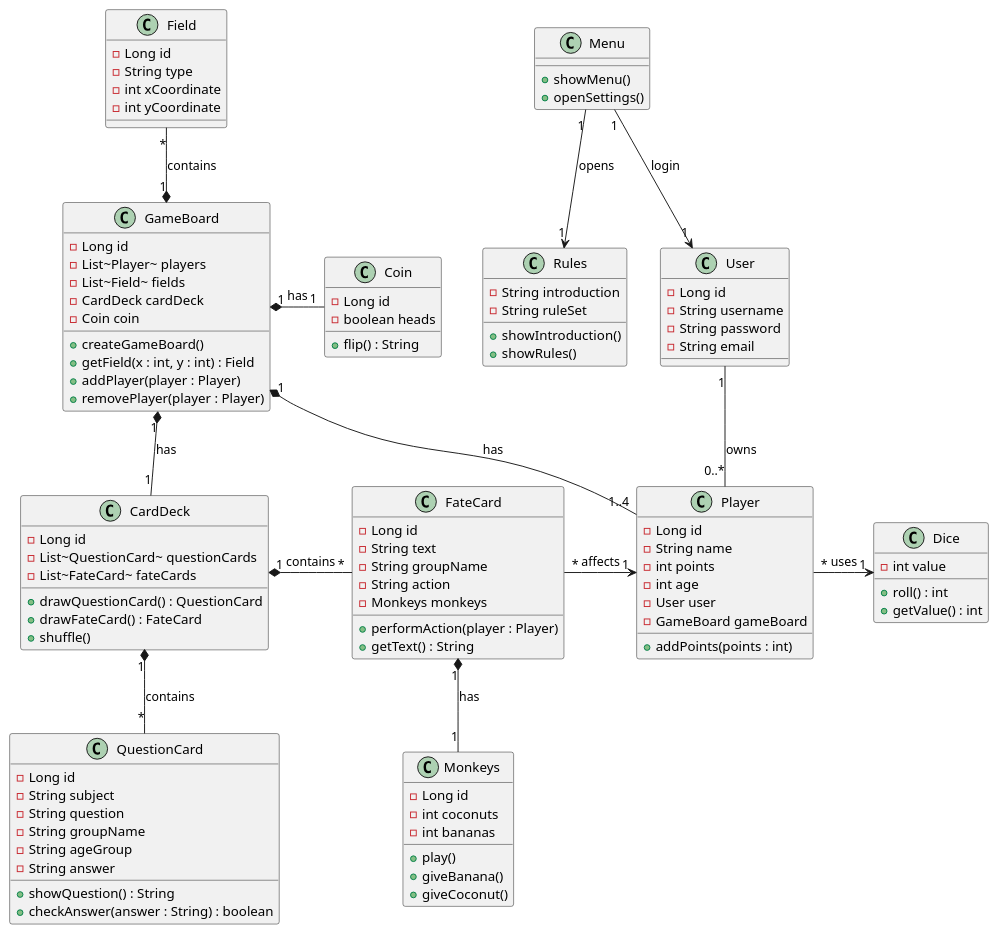
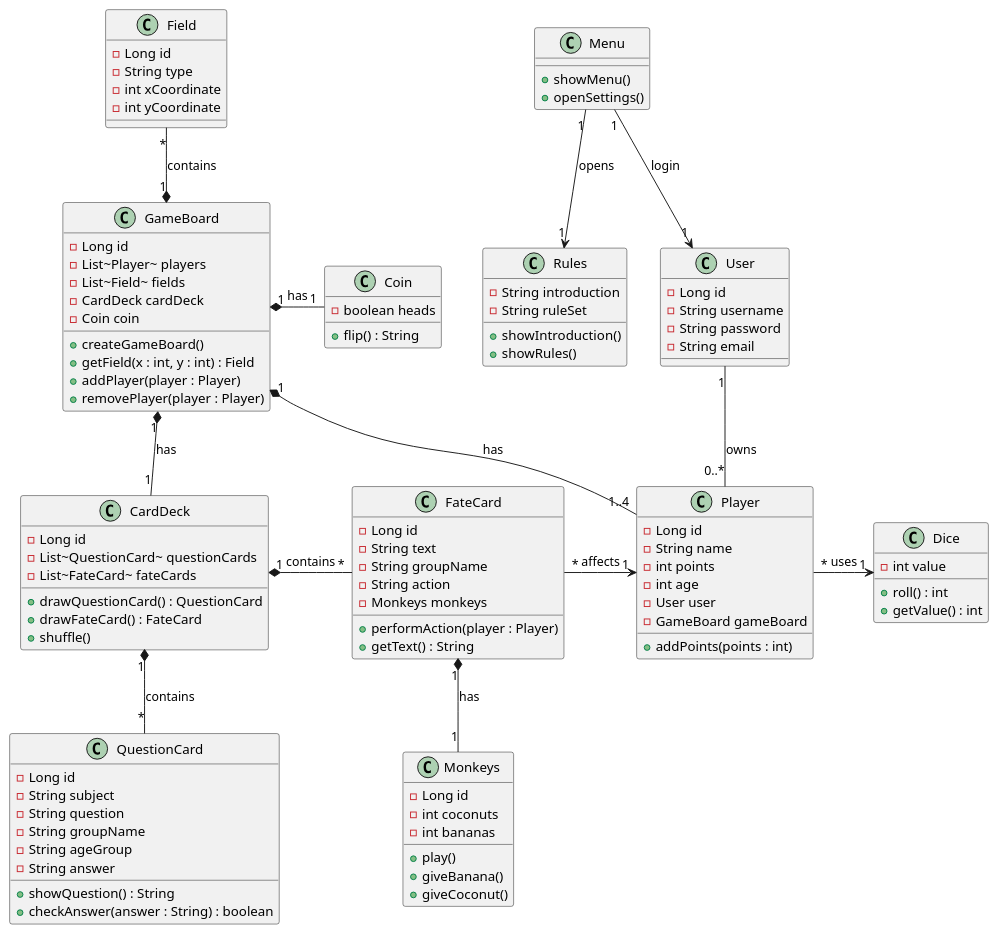
Before and after one commit to SussieFrantzen/3_semester_Take_a_chance: the diagram in src/main/java/diagrammer/UML_2.puml, drawn with PlantUML. The commit also changed 19 other files, not shown here.

```diff
--- a/src/main/java/diagrammer/UML_2.puml
+++ b/src/main/java/diagrammer/UML_2.puml
@@ -1,129 +1,128 @@
 @startuml
 'https://plantuml.com/class-diagram
 
 class User {
     -Long id
     -String username
     -String password
     -String email
 }
 
 class Player {
     -Long id
     -String name
     -int points
     -int age
     -User user
     -GameBoard gameBoard
     +addPoints(points : int)
 }
 
 class GameBoard {
     -Long id
     -List~Player~ players
     -List~Field~ fields
     -CardDeck cardDeck
     -Coin coin
     +createGameBoard()
     +getField(x : int, y : int) : Field
     +addPlayer(player : Player)
     +removePlayer(player : Player)
 }
 
 class Field {
     -Long id
     -String type
     -int xCoordinate
     -int yCoordinate
 }
 
 class CardDeck {
     -Long id
     -List~QuestionCard~ questionCards
     -List~FateCard~ fateCards
     +drawQuestionCard() : QuestionCard
     +drawFateCard() : FateCard
     +shuffle()
 }
 
 class QuestionCard {
     -Long id
     -String subject
     -String question
     -String groupName
     -String ageGroup
     -String answer
     +showQuestion() : String
     +checkAnswer(answer : String) : boolean
 }
 
 class FateCard {
     -Long id
     -String text
     -String groupName
     -String action
     -Monkeys monkeys
     +performAction(player : Player)
     +getText() : String
 }
 
 class Monkeys {
     -Long id
     -int coconuts
     -int bananas
     +play()
     +giveBanana()
     +giveCoconut()
 }
 
 class Coin {
-    -Long id
     -boolean heads
     +flip() : String
 }
 
 
 class Dice {
     -int value
     +roll() : int
     +getValue() : int
 }
 
 class Rules {
     -String introduction
     -String ruleSet
     +showIntroduction()
     +showRules()
 }
 
 class Menu {
     +showMenu()
     +openSettings()
 }
 
 
 User "1" -- "0..*" Player : owns
 
 
 GameBoard "1" *- "1..4" Player : has
 
 GameBoard "1" *-up- "*" Field : contains
 GameBoard "1" *-- "1" CardDeck : has
 GameBoard "1" *-right- "1" Coin : has
 
 CardDeck "1" *-- "*" QuestionCard : contains
 CardDeck "1" *- "*" FateCard : contains
 
 
 FateCard "*" -> "1" Player : affects
 FateCard "1" *-down- "1" Monkeys : has
 
 
 Player "*" -right-> "1" Dice : uses
 
 
 Menu "1" --> "1" Rules : opens
 Menu "1" --> "1" User : login
 
 
 @enduml
```
